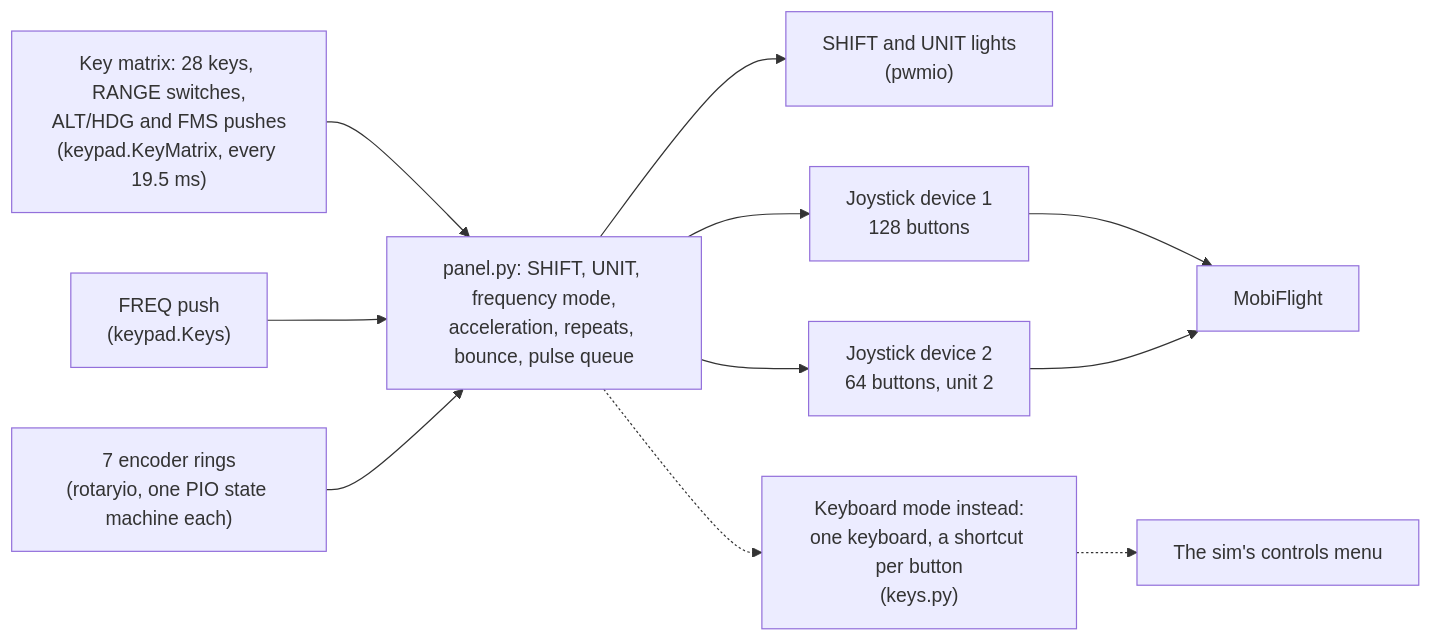
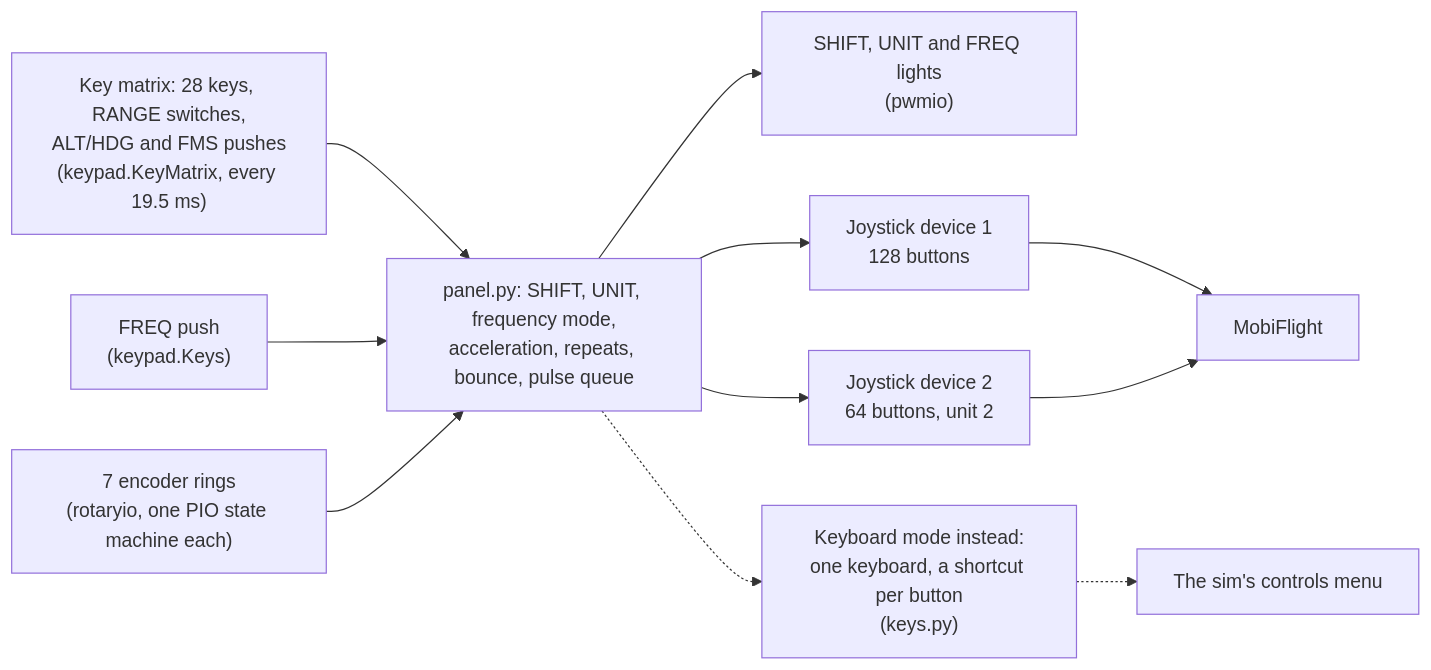
One commit to saschagrunert/avionics-panel changed the first of 2 diagrams in docs/architecture/firmware.md. Above: the diagram before and after it, drawn with Mermaid. The commit also changed other lines of this file and 59 other files, not shown here.

````diff
--- a/docs/architecture/firmware.md
+++ b/docs/architecture/firmware.md
@@ -6,20 +6,20 @@
 ```mermaid
 flowchart LR
   matrix["Key matrix: 28 keys, RANGE switches,<br>ALT/HDG and FMS pushes<br>(keypad.KeyMatrix, every 19.5 ms)"]
   push["FREQ push<br>(keypad.Keys)"]
   rings["7 encoder rings<br>(rotaryio, one PIO state machine each)"]
   panel["panel.py: SHIFT, UNIT, frequency mode,<br>acceleration, repeats, bounce, pulse queue"]
-  lights["SHIFT and UNIT lights<br>(pwmio)"]
+  lights["SHIFT, UNIT and FREQ lights<br>(pwmio)"]
   dev1["Joystick device 1<br>128 buttons"]
   dev2["Joystick device 2<br>64 buttons, unit 2"]
   pc["MobiFlight"]
   kbd["Keyboard mode instead:<br>one keyboard, a shortcut per button<br>(keys.py)"]
   sim["The sim's controls menu"]
   matrix --> panel
   push --> panel
   rings --> panel
   panel --> lights
   panel --> dev1 --> pc
   panel --> dev2 --> pc
   panel -.-> kbd -.-> sim
 ```
````
